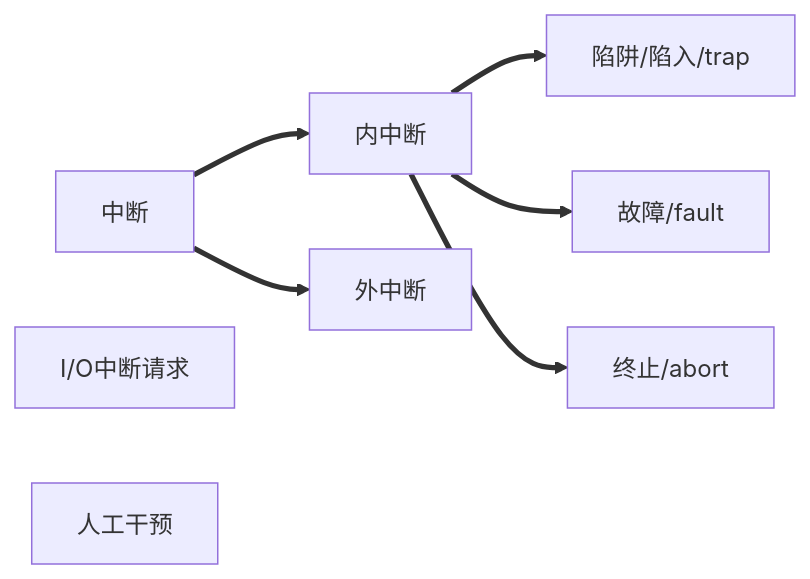
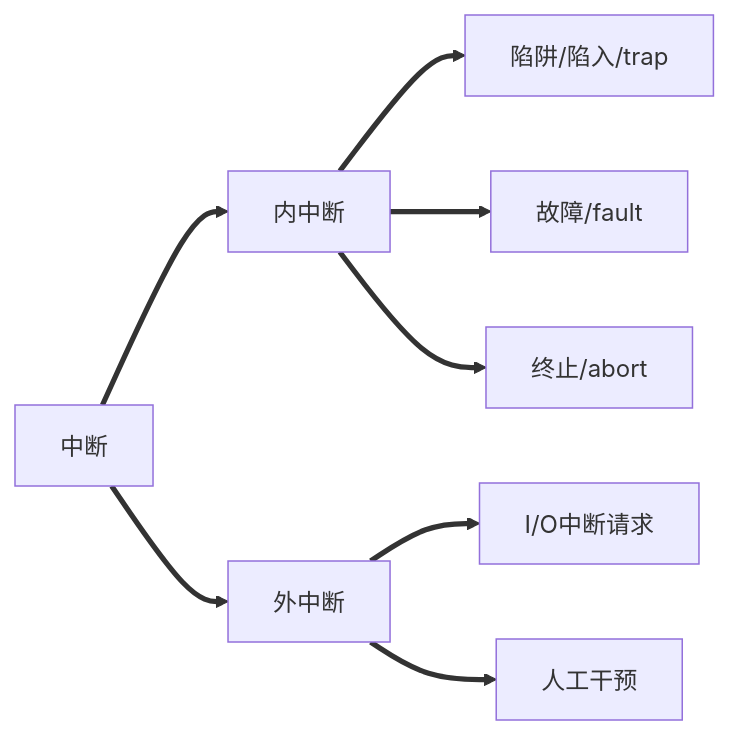
The fourth of 4 diagrams in learn/408/操作系统/第三章-内存管理.md (MW-S/markdown), drawn with Mermaid before and after one commit. The commit also changed other lines of this file, not shown here.

Commit message:
learn/408/操作系统/第三章-内存管理.md updated from https://stackedit.io/

````diff
--- a/learn/408/操作系统/第三章-内存管理.md
+++ b/learn/408/操作系统/第三章-内存管理.md
@@ -192,17 +192,18 @@
 ```mermaid
 graph LR
 A[中断]
 B[内中断]
 C[外中断]
 B1[陷阱/陷入/trap]
 B2[故障/fault]
 B3[终止/abort]
 C1[I/O中断请求]
 C2[人工干预]
 A==>B
 A==>C
 B==>B1
 B==>B2
 B==>B3
-
+C==>C1
+C==>C2
 ```
````
